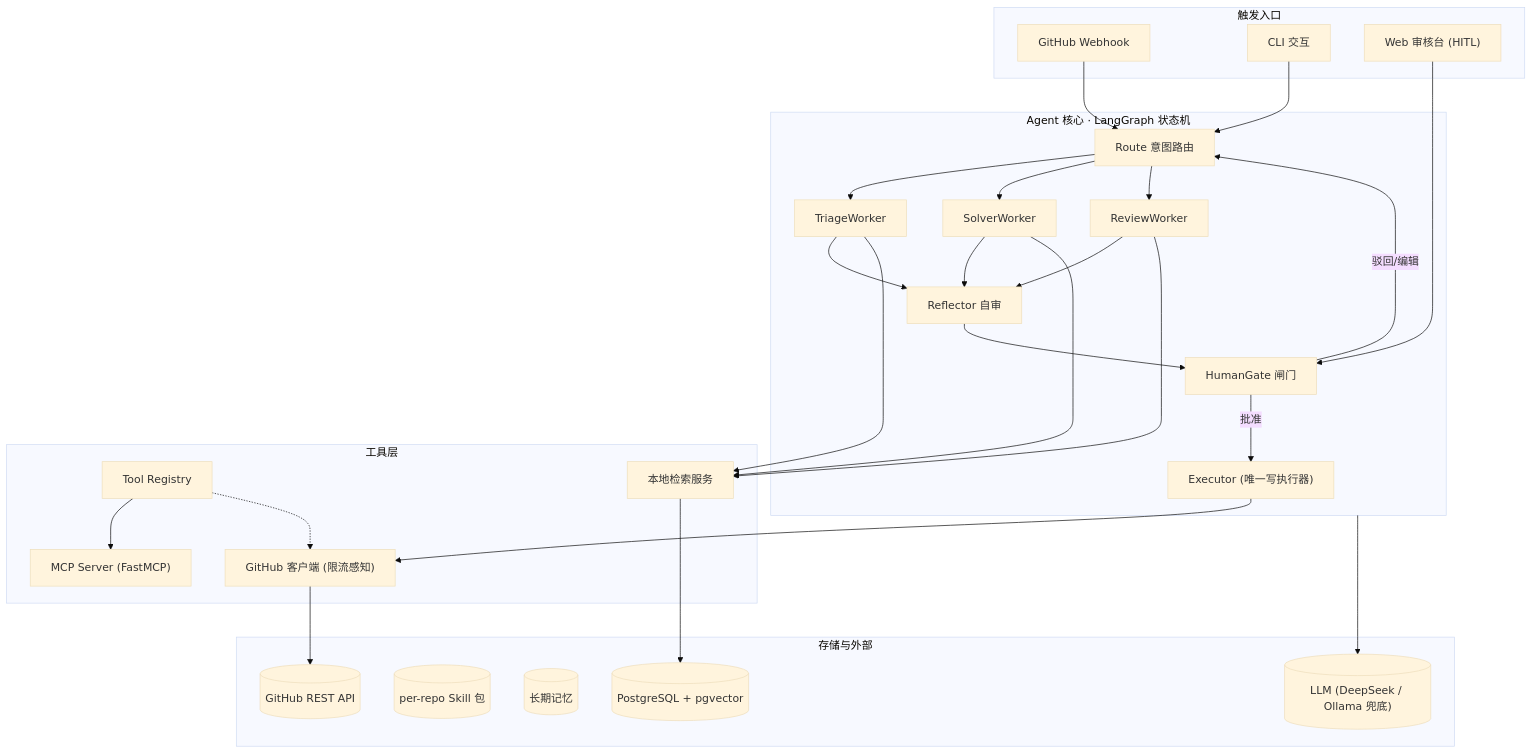
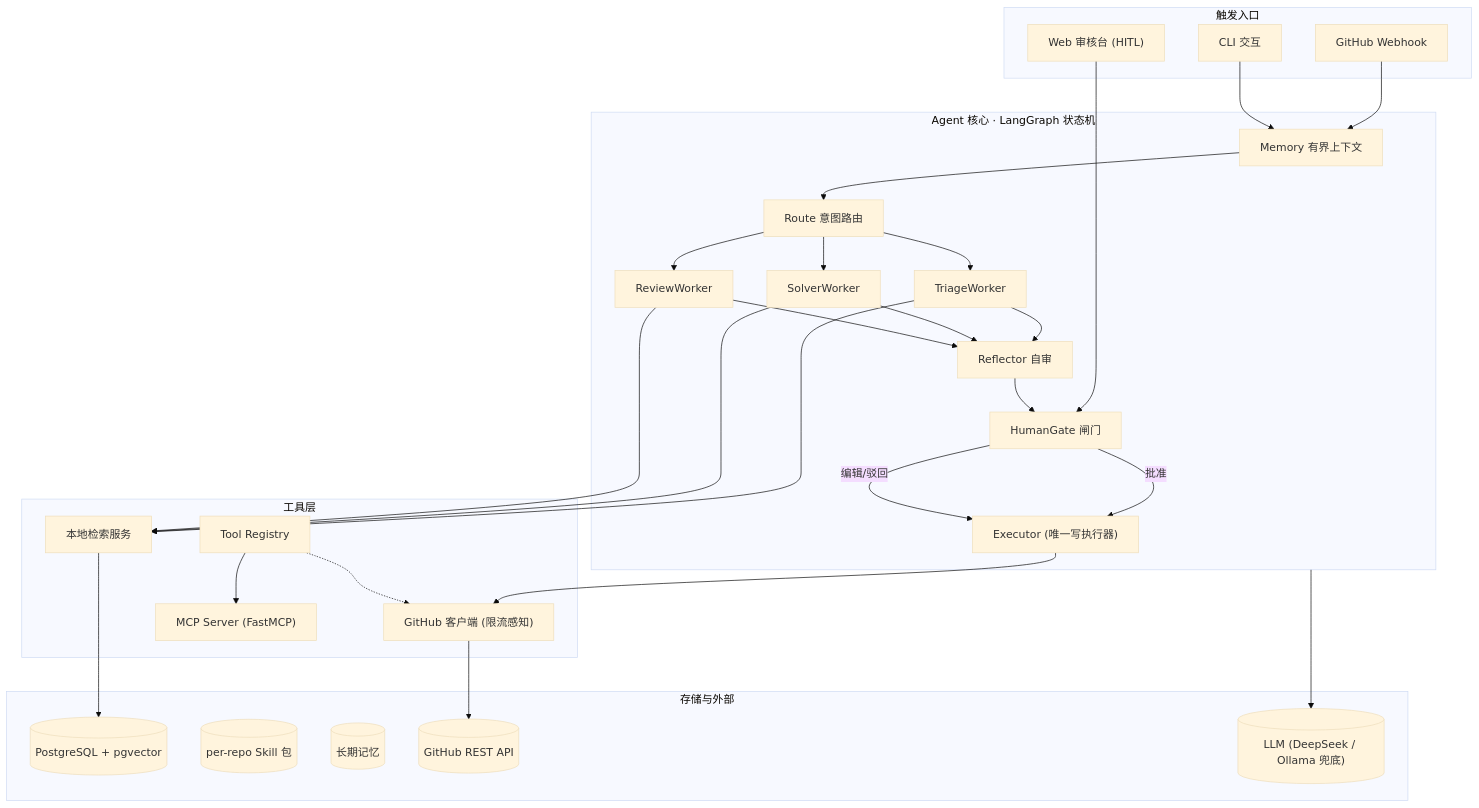
Before and after one commit to freeisle/maintainer-copilot: the first of 2 diagrams in docs/architecture.md, drawn with Mermaid (base theme). The commit also changed other lines of this file and 3 other files, not shown here.

Commit message:
docs(roadmap): document verified delivery and remaining blockers

````diff
--- a/docs/architecture.md
+++ b/docs/architecture.md
@@ -7,41 +7,43 @@
 ```mermaid
 flowchart TB
     subgraph T["触发入口"]
         WH["GitHub Webhook"]
         CLI["CLI 交互"]
         UI["Web 审核台 (HITL)"]
     end
     subgraph C["Agent 核心 · LangGraph 状态机"]
+        MW["Memory 有界上下文"]
         RT["Route 意图路由"]
         TW["TriageWorker"]
         SW["SolverWorker"]
         RW["ReviewWorker"]
         RF["Reflector 自审"]
         HG["HumanGate 闸门"]
         EX["Executor (唯一写执行器)"]
     end
     subgraph TL["工具层"]
         REG["Tool Registry"]
         GHC["GitHub 客户端 (限流感知)"]
         IDX["本地检索服务"]
         MCP["MCP Server (FastMCP)"]
     end
     subgraph D["存储与外部"]
         PG[("PostgreSQL + pgvector")]
         SK[("per-repo Skill 包")]
         MEM[("长期记忆")]
         GH[("GitHub REST API")]
         LLM[("LLM (DeepSeek / Ollama 兜底)")]
     end
-    WH --> RT
-    CLI --> RT
+    WH --> MW
+    CLI --> MW
+    MW --> RT
     UI --> HG
     RT --> TW & SW & RW
     TW & SW & RW --> RF --> HG
     HG -->|批准| EX --> GHC --> GH
-    HG -->|驳回/编辑| RT
+    HG -->|编辑/驳回| EX
     TW & SW & RW --> IDX --> PG
     REG --> MCP
     REG -.-> GHC
     C --> LLM
 ```
````
